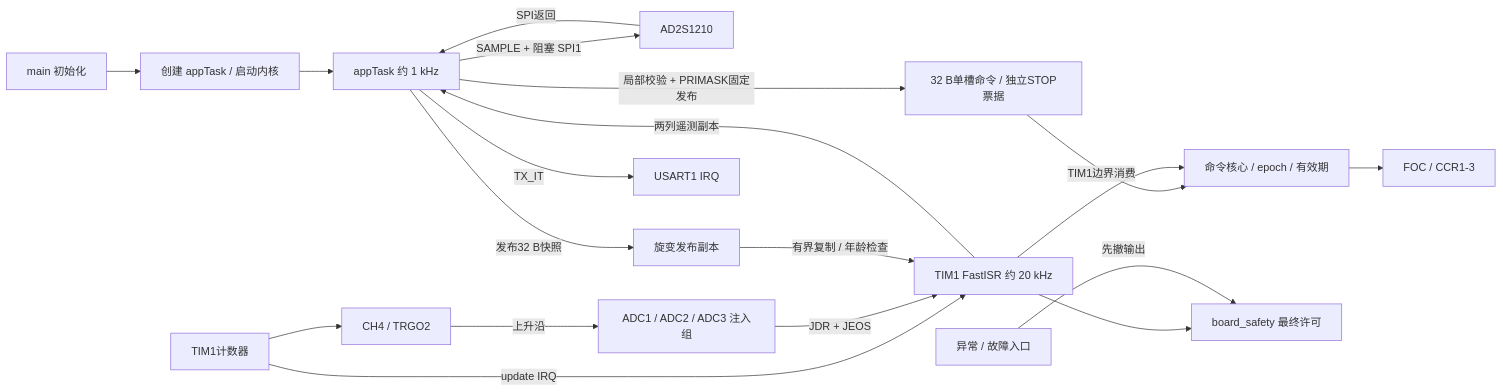
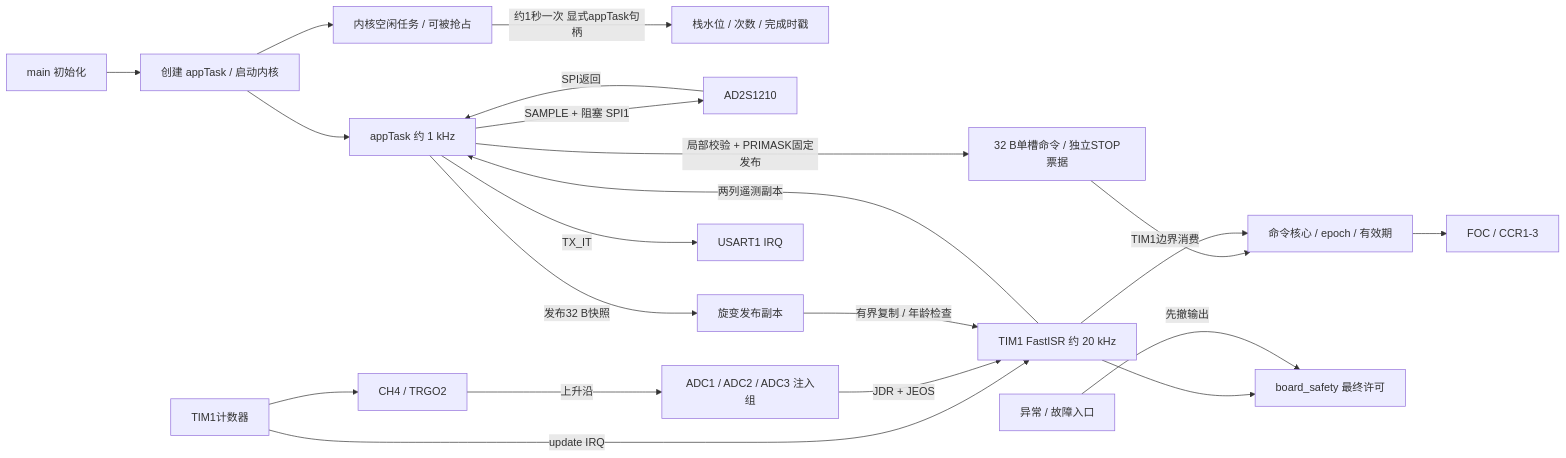
The diagram in docs/ARCHITECTURE.md (XLeOLe10/Pro1_HighVolODrive), drawn with Mermaid before and after one commit. The commit also changed other lines of this file and 40 other files, not shown here.

````diff
--- a/docs/ARCHITECTURE.md
+++ b/docs/ARCHITECTURE.md
@@ -11,21 +13,23 @@
 ```mermaid
 flowchart LR
     M[main 初始化] --> K[创建 appTask / 启动内核]
     K --> A[appTask 约 1 kHz]
+    K --> IDLE[内核空闲任务 / 可被抢占]
+    IDLE -->|约1秒一次 显式appTask句柄| STK[栈水位 / 次数 / 完成时戳]
     A -->|SAMPLE + 阻塞 SPI1| R[AD2S1210]
     R -->|SPI返回| A
     A -->|发布32 B快照| S[旋变发布副本]
     T[TIM1计数器] --> P[CH4 / TRGO2]
     P -->|上升沿| ADC[ADC1 / ADC2 / ADC3 注入组]
     T -->|update IRQ| I[TIM1 FastISR 约 20 kHz]
     ADC -->|JDR + JEOS| I
     S -->|有界复制 / 年龄检查| I
     A -->|局部校验 + PRIMASK固定发布| Q[32 B单槽命令 / 独立STOP票据]
     Q -->|TIM1边界消费| BND[命令核心 / epoch / 有效期]
     I --> BND
     BND --> C[FOC / CCR1-3]
     I --> B[board_safety 最终许可]
     F[异常 / 故障入口] -->|先撤输出| B
     I -->|两列遥测副本| A
     A -->|TX_IT| U[USART1 IRQ]
 ```
````
